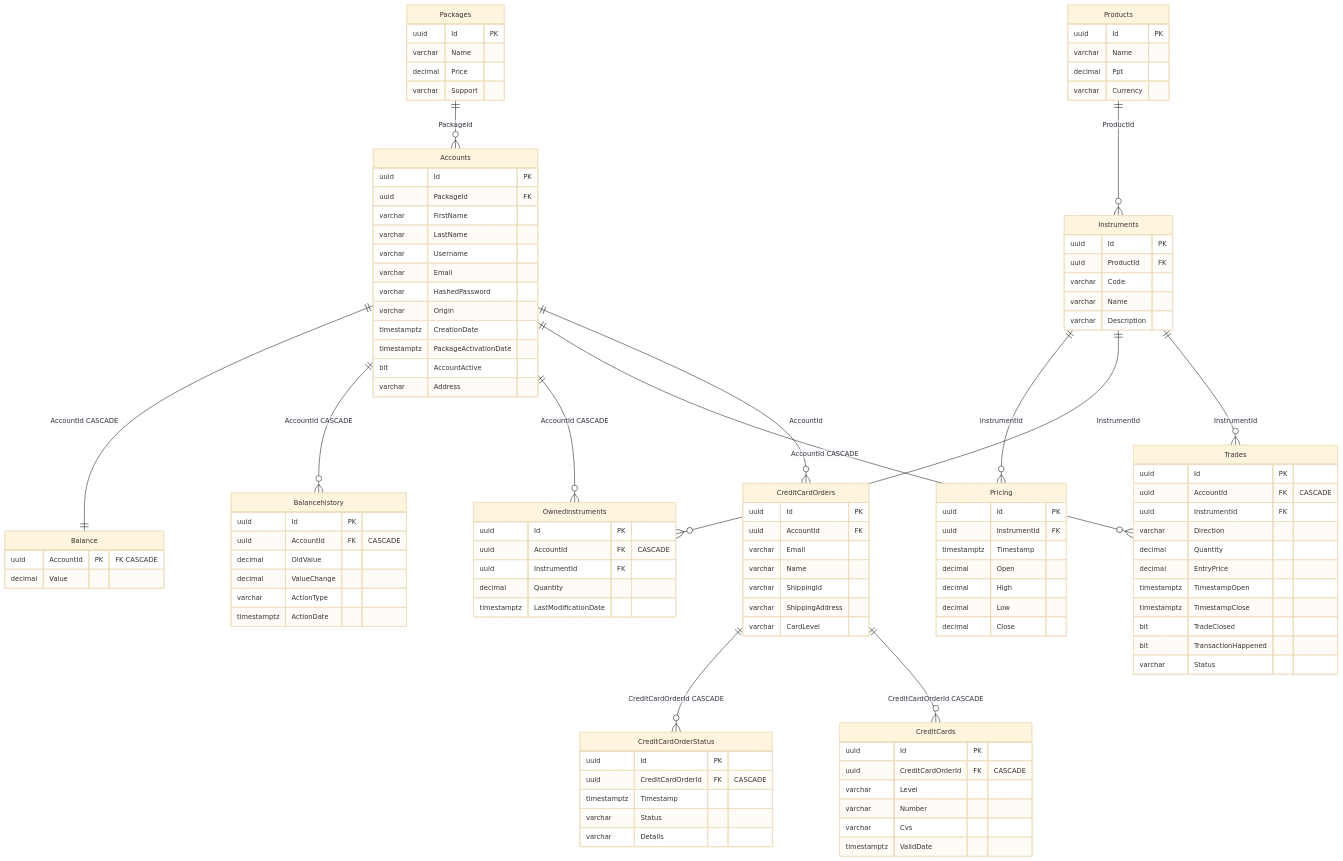
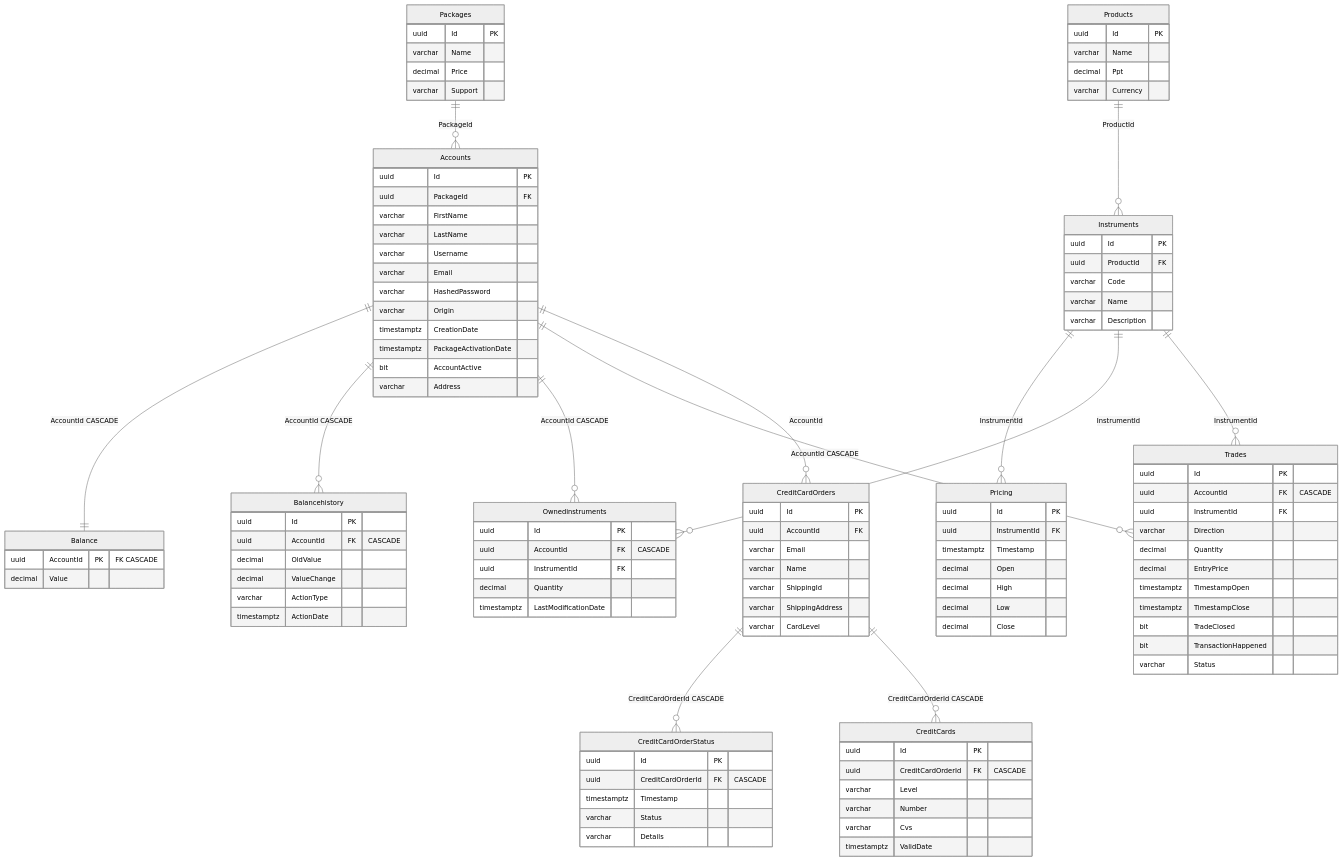
The second of 2 diagrams in README.md (Dynatrace/easytrade), drawn with Mermaid before and after one commit. The commit also changed other lines of this file, not shown here.

Commit message:
feat: README.md update

````diff
--- a/README.md
+++ b/README.md
@@ -112,5 +112,5 @@
 ```mermaid
-%%{init: {"theme": "base", "themeVariables": {"fontSize": "14px", "background": "#ffffff"}}}%%
+%%{init: {"theme": "neutral", "themeVariables": {"fontSize": "14px"}}}%%
 erDiagram
 
     Packages {
````
